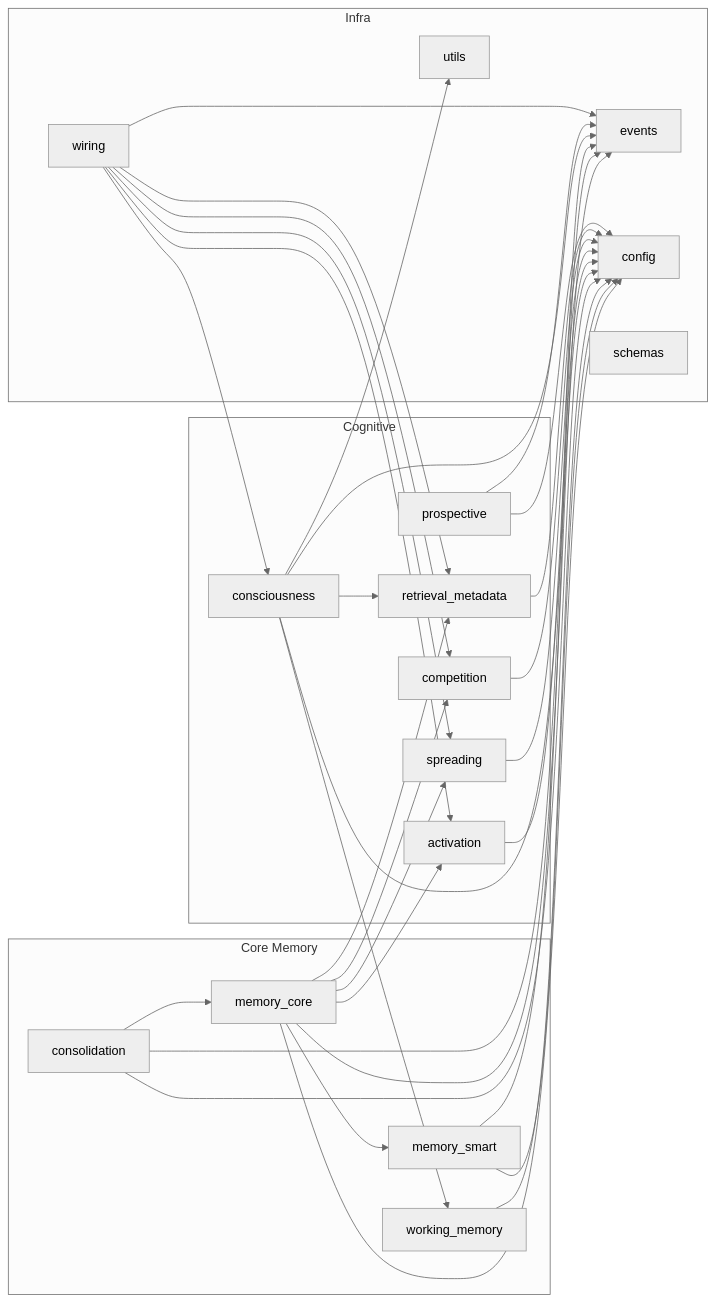
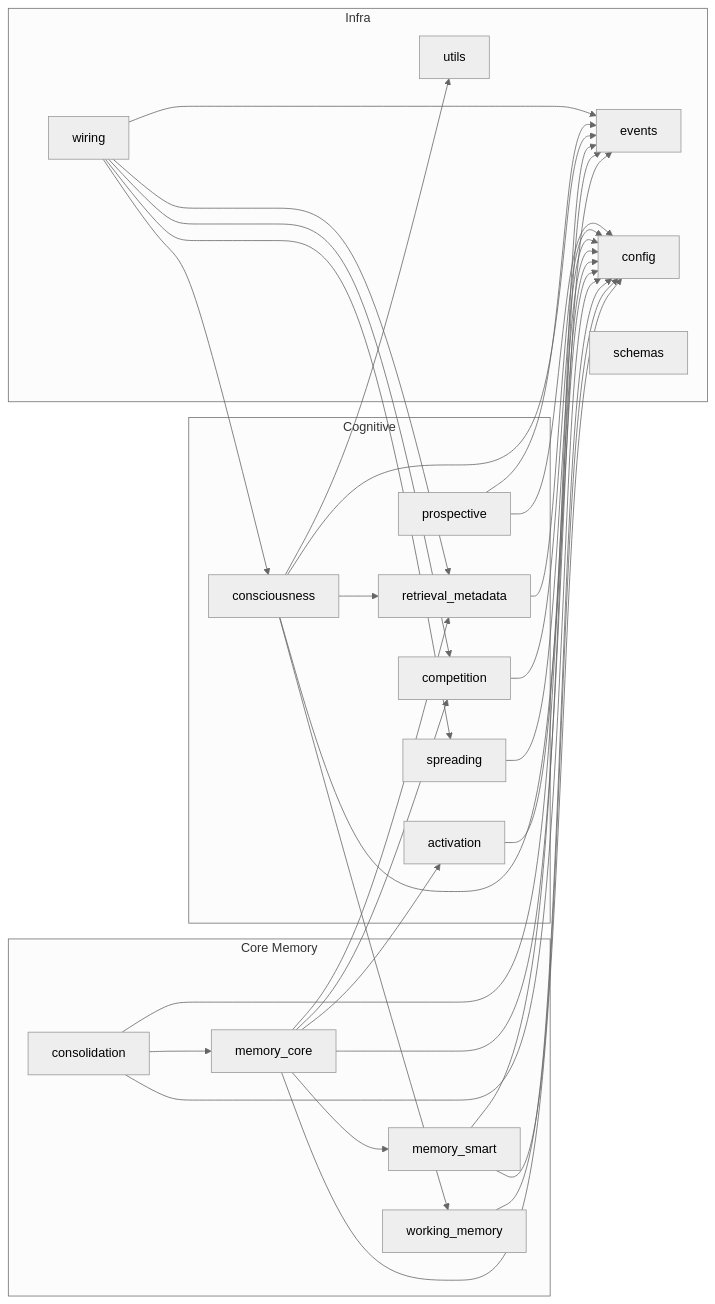
One commit to mrmanzana22/codi-memory changed the second of 7 diagrams in ARCHITECTURE.md. Above: the diagram before and after it, drawn with Mermaid (neutral theme). The commit also changed other lines of this file, not shown here.

First line of the commit message:
fix: Apply 7 mandatory corrections from external architecture audit

````diff
--- a/ARCHITECTURE.md
+++ b/ARCHITECTURE.md
@@ -114,57 +114,55 @@
 ```mermaid
 graph LR
     subgraph "Core Memory"
         MC[memory_core]
         MS[memory_smart]
         WM[working_memory]
         CS[consolidation]
     end
 
     subgraph "Cognitive"
         CON[consciousness]
         ACT[activation]
         SP[spreading]
         CM[competition]
         RM[retrieval_metadata]
         PR[prospective]
     end
 
     subgraph "Infra"
         EV[events]
         WR[wiring]
         CF[config]
         SC[schemas]
         UT[utils]
     end
 
     MC --> MS
     MC --> ACT
     MC --> RM
-    MC --> SP
     MC --> CM
     MC --> EV
     MC --> CF
     MS --> CF
     MS --> EV
     WM --> CF
     CS --> MC
     CS --> EV
     CS --> CF
     CON --> EV
     CON --> RM
     CON --> WM
     CON --> CF
     CON --> UT
     ACT --> CF
     SP --> CF
     CM --> CF
     RM --> CF
     PR --> CF
     PR --> EV
     WR --> EV
     WR --> CON
     WR --> SP
     WR --> CM
     WR --> RM
-    WR --> ACT
 ```
````
